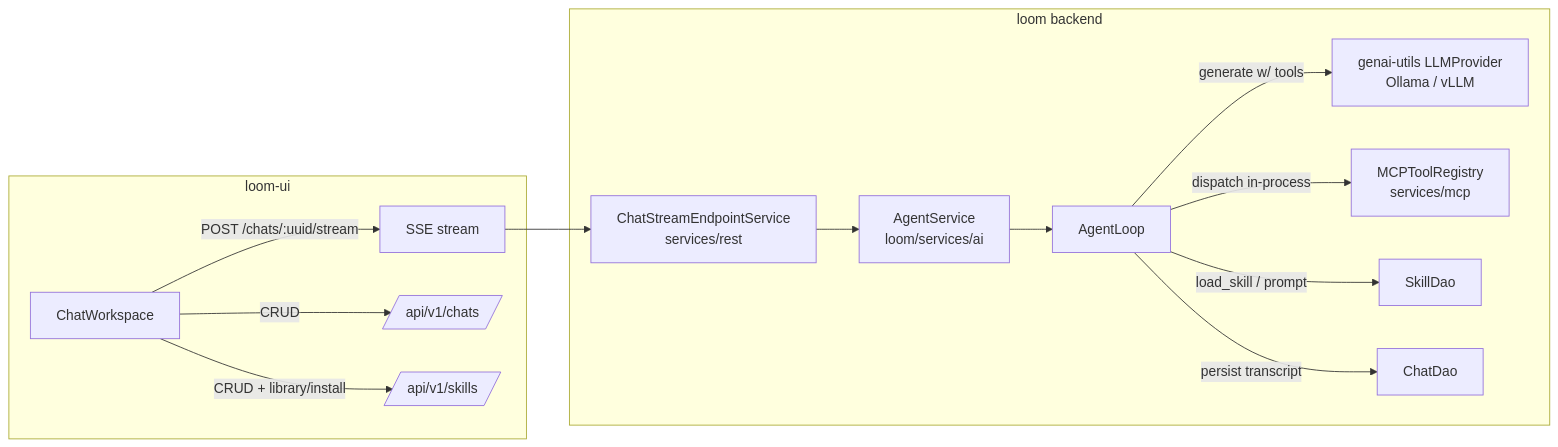
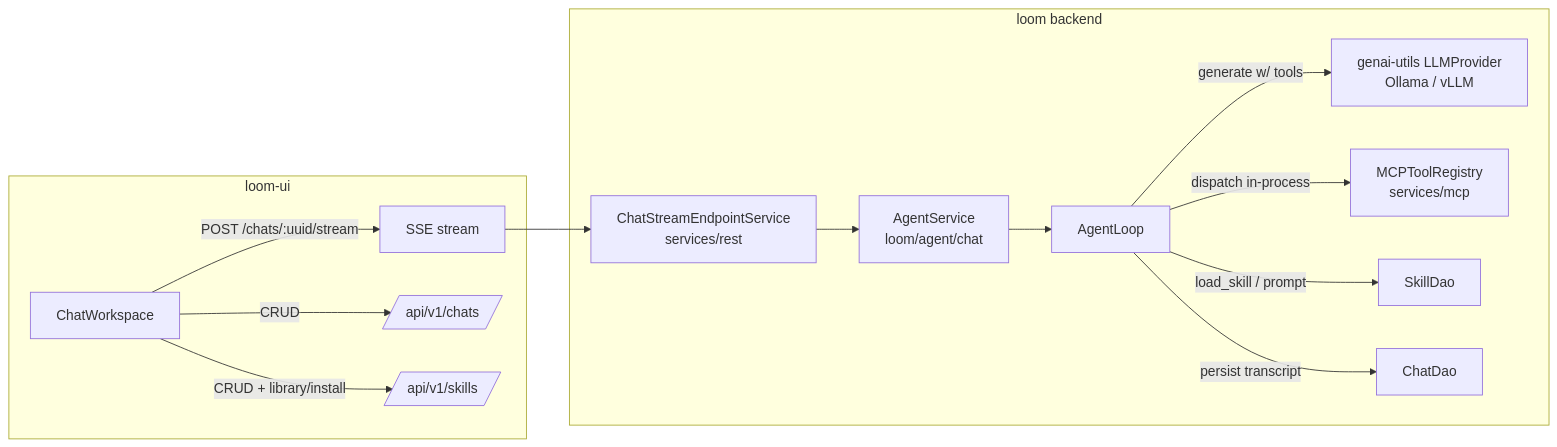
One commit to metaloom/metaloom changed the diagram in spec/loom/ui/CHAT.md. Above: the diagram before and after it, drawn with Mermaid. The commit also changed other lines of this file and 175 other files, not shown here.

````diff
--- a/spec/loom/ui/CHAT.md
+++ b/spec/loom/ui/CHAT.md
@@ -66,17 +66,17 @@
 ```mermaid
 graph LR
     subgraph loom-ui
         CW[ChatWorkspace] -->|POST /chats/:uuid/stream| SSE
         CW -->|CRUD| CHATS[/api/v1/chats/]
         CW -->|CRUD + library/install| SKILLS[/api/v1/skills/]
     end
     subgraph loom backend
         SSE[SSE stream] --> CSES[ChatStreamEndpointService<br/>services/rest]
-        CSES --> AS[AgentService<br/>loom/services/ai]
+        CSES --> AS[AgentService<br/>loom/agent/chat]
         AS --> AL[AgentLoop]
         AL -->|generate w/ tools| LLM[genai-utils LLMProvider<br/>Ollama / vLLM]
         AL -->|dispatch in-process| MCP[MCPToolRegistry<br/>services/mcp]
         AL -->|load_skill / prompt| SK[SkillDao]
         AL -->|persist transcript| CD[ChatDao]
     end
 ```
````
